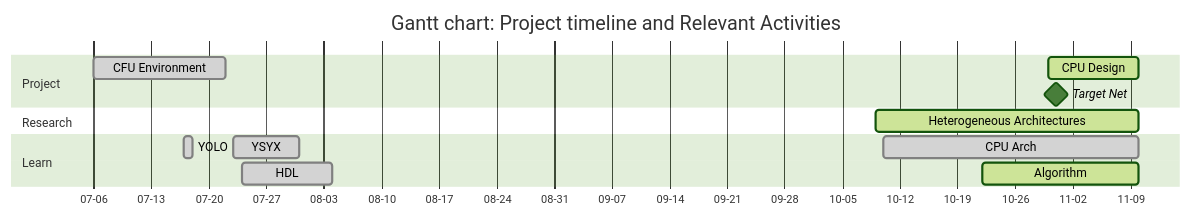
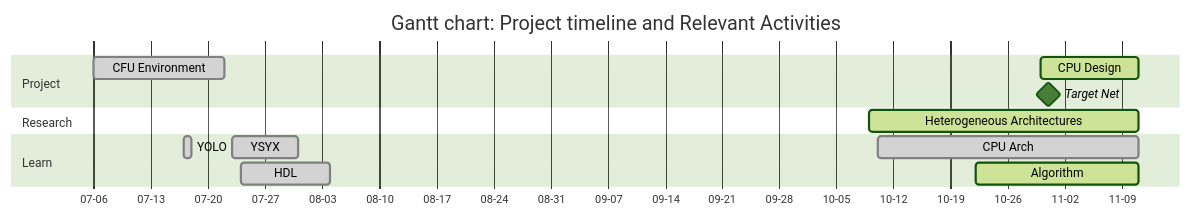
One commit to Marcobisky/Marcobisky.github.io changed the first of 2 diagrams in tinyml/index.qmd. Above: the diagram before and after it, drawn with Mermaid (forest theme). The commit also changed 6 other files, not shown here.

````diff
--- a/tinyml/index.qmd
+++ b/tinyml/index.qmd
@@ -48,31 +48,31 @@
 ```{mermaid}
 ---
 displayMode: compact
 ---
 %%| label: fig-timeline
 %%| fig-cap: "Gantt Chart"
 %%| fig-width: 10
 %%| fig-height: 6
 
 gantt
     title Gantt chart: Project timeline and Relevant Activities
     dateFormat  YYYY-MM-DD
     axisFormat  %m-%d
     tickInterval 14d
 
     section Project
         CFU Environment :done, 2025-07-06, 2025-07-22
         Target Net :milestone, 2025-10-31, 0d
-        CPU Design :active, 2025-10-30, 2025-11-10
+        CPU Design :active, 2025-10-30, 2025-11-11
 
     section Research
-        Heterogeneous Architectures :active, 2025-10-09, 2025-11-10
+        Heterogeneous Architectures :active, 2025-10-09, 2025-11-11
 
     section Learn
         YSYX :done, 2025-07-23, 2025-07-31
         HDL :done, 2025-07-24, 2025-08-04
         YOLO :done, 2025-07-17, 1d
-        CPU Arch :done, 2025-10-10, 2025-11-10
-        Algorithm :active, 2025-10-22, 2025-11-10
+        CPU Arch :done, 2025-10-10, 2025-11-11
+        Algorithm :active, 2025-10-22, 2025-11-11
 
 ```
````
